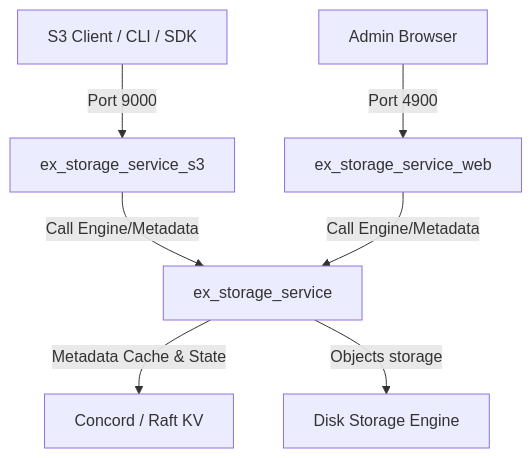
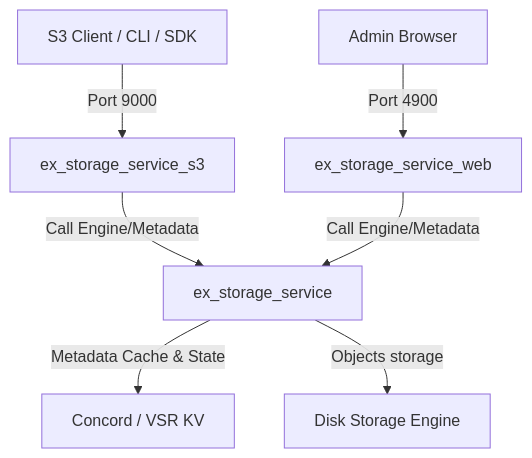
Before and after one commit to gsmlg-opt/ex_storage_service: the diagram in AGENTS.md, drawn with Mermaid. The commit also changed other lines of this file and 15 other files, not shown here.

First line of the commit message:
refactor(metadata): migrate Concord storage to VSR

````diff
--- a/AGENTS.md
+++ b/AGENTS.md
@@ -156,9 +157,9 @@
 ```mermaid
 graph TD
     Client[S3 Client / CLI / SDK] -->|Port 9000| S3App[ex_storage_service_s3]
     Admin[Admin Browser] -->|Port 4900| WebApp[ex_storage_service_web]
     S3App -->|Call Engine/Metadata| CoreApp[ex_storage_service]
     WebApp -->|Call Engine/Metadata| CoreApp
-    CoreApp -->|Metadata Cache & State| Concord[Concord / Raft KV]
+    CoreApp -->|Metadata Cache & State| Concord[Concord / VSR KV]
     CoreApp -->|Objects storage| Disk[Disk Storage Engine]
 ```
````
